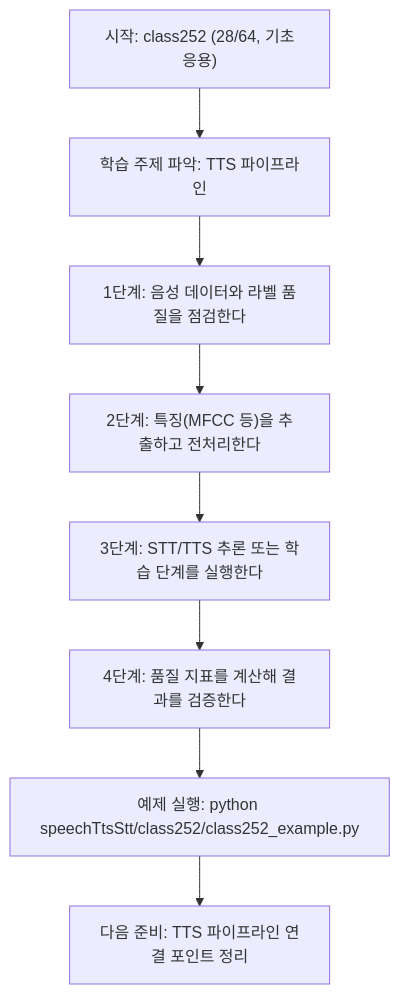
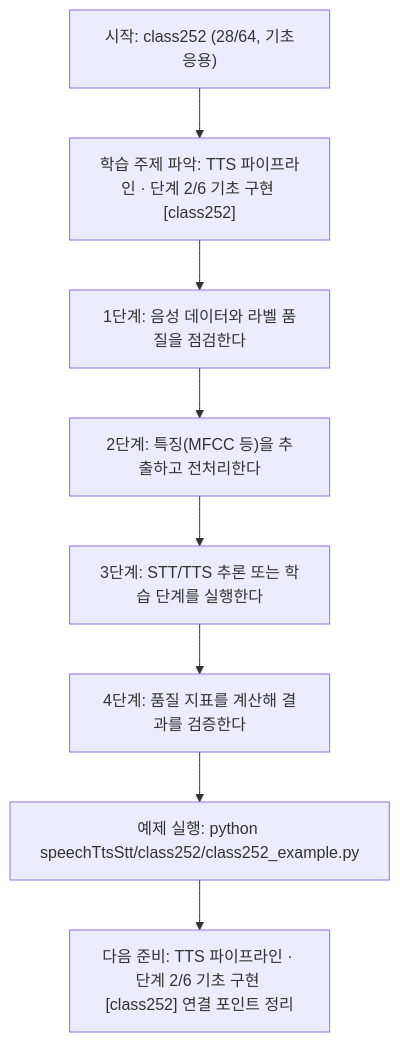
Before and after one commit to edumgt/Python-AI_Agent-Class: the diagram in speechTtsStt/class252/class252.md, drawn with Mermaid. The commit also changed other lines of this file and 522 other files, not shown here.

````diff
--- a/speechTtsStt/class252/class252.md
+++ b/speechTtsStt/class252/class252.md
@@ -112,18 +113,18 @@
 ```mermaid
 flowchart TD
 N1["시작: class252 (28/64, 기초응용)"]
-N2["학습 주제 파악: TTS 파이프라인"]
+N2["학습 주제 파악: TTS 파이프라인 · 단계 2/6 기초 구현 [class252]"]
 N3["1단계: 음성 데이터와 라벨 품질을 점검한다"]
 N4["2단계: 특징(MFCC 등)을 추출하고 전처리한다"]
 N5["3단계: STT/TTS 추론 또는 학습 단계를 실행한다"]
 N6["4단계: 품질 지표를 계산해 결과를 검증한다"]
 N7["예제 실행: python speechTtsStt/class252/class252_example.py"]
-N8["다음 준비: TTS 파이프라인 연결 포인트 정리"]
+N8["다음 준비: TTS 파이프라인 · 단계 2/6 기초 구현 [class252] 연결 포인트 정리"]
 N1 --> N2
 N2 --> N3
 N3 --> N4
 N4 --> N5
 N5 --> N6
 N6 --> N7
 N7 --> N8
 ```
````
